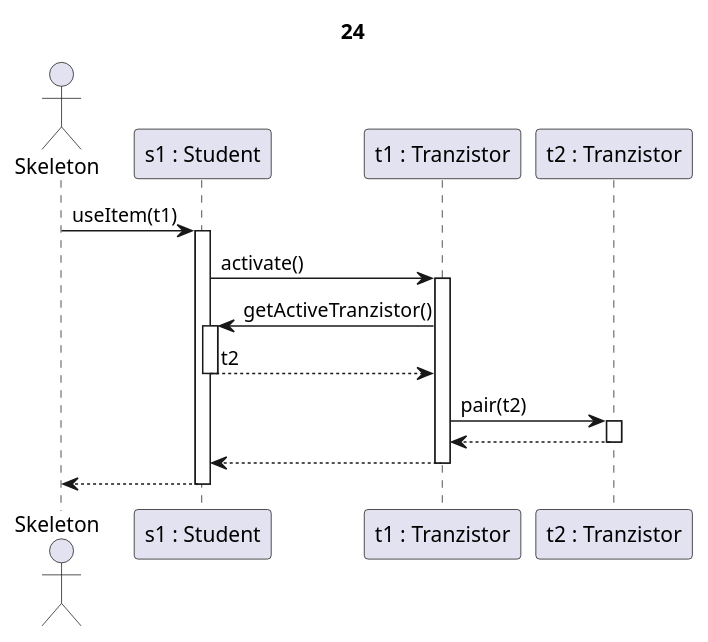
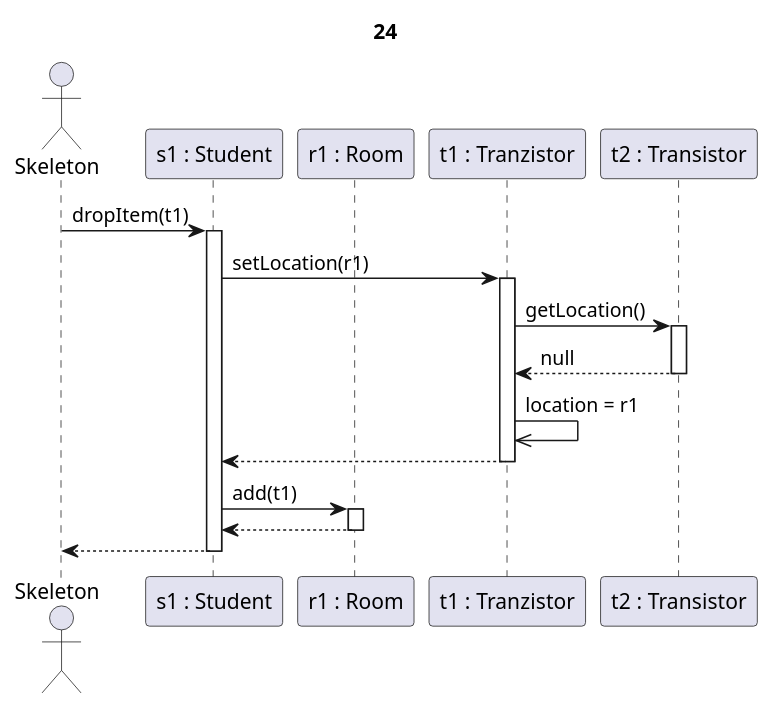
One commit to kipolaris/skyrimscriptsuttogok changed the diagram in partII_sequence diagrams/24.puml. Above: the diagram before and after it, drawn with PlantUML. The commit also changed 110 other files, not shown here.

Commit message:
finalize partII sequence diagrams

```diff
--- a/partII_sequence diagrams/24.puml
+++ b/partII_sequence diagrams/24.puml
@@ -1,22 +1,27 @@
-@startuml tranzisztor párosítás
+@startuml transistor drop 1
 
-Title 24
+title 24
 
-actor "Skeleton" as sk
-Participant "s1 : Student" as h
-Participant "t1 : Tranzistor" as tranz
-participant "t2 : Tranzistor" as tranz2
+actor Skeleton as sk
+participant "s1 : Student" as s
+participant "r1 : Room" as r
+Participant "t1 : Tranzistor" as tranz1
+participant "t2 : Transistor" as tranz2
 
-sk->h ++: useItem(t1)
-h->tranz ++: activate()
+sk->s ++: dropItem(t1)
 
-tranz->h ++: getActiveTranzistor()
-h-->tranz --: t2
+s-> tranz1 ++: setLocation(r1)
 
-tranz->tranz2 ++: pair(t2)
-return
+tranz1->tranz2 ++: getLocation()
+tranz2-->tranz1 --: null
 
-tranz --> h --:
-h-->sk --:
+tranz1 ->> tranz1 : location = r1
+
+s <-- tranz1 --:
+
+s -> r ++: add(t1)
+r-->s --:
+
+s-->sk --:
 
 @enduml
```
